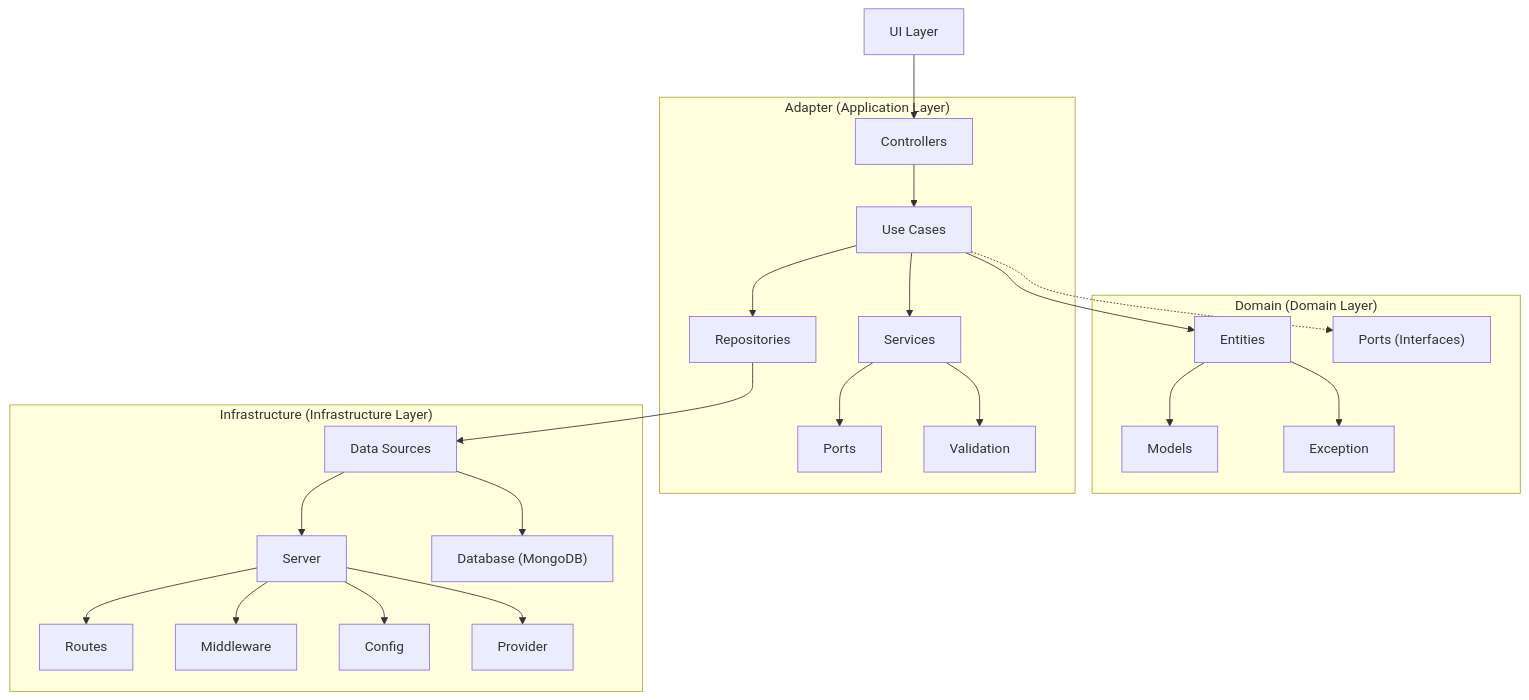
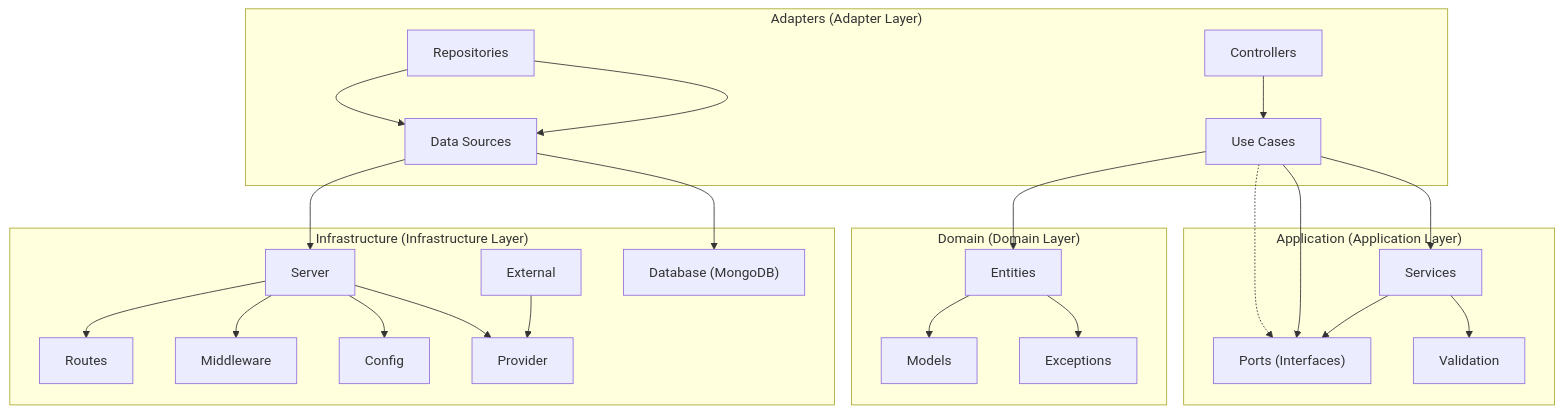
One commit to manujose94/dailytrends-api changed the second of 2 diagrams in Readme.md. Above: the diagram before and after it, drawn with Mermaid. The commit also changed other lines of this file and 46 other files, not shown here.

````diff
--- a/Readme.md
+++ b/Readme.md
@@ -51,46 +78,56 @@
 ```mermaid
-graph TD
-    UI["UI Layer"] --> Controllers["Controllers"]
+graph TB
+   
     UseCases --> Entities["Entities"]
     Repositories --> DataSources["Data Sources"]
     UseCases -.-> Ports  
-    subgraph domain["Domain (Domain Layer)"]
+ 
+
+     subgraph adapters["Adapters (Adapter Layer)"]
+        Controllers["Controllers"]
+        Repositories["Repositories"]
+        Controllers --> UseCases
+        Repositories --> DataSources
+    end
+
+
+
+    subgraph application["Application (Application Layer)"]
+        UseCases["Use Cases"]
+        Services["Services"]
+        Ports["Ports"]
+        Validation["Validation"]
+        UseCases --> Services
+        UseCases --> Ports
+        Services --> Ports
+        Services --> Validation
+    end
+
+       subgraph domain["Domain (Domain Layer)"]
         Models["Models"]
-        Exception["Exception"]
+        Exception["Exceptions"]
         Entities["Entities"]
         Ports["Ports (Interfaces)"]
         Entities --> Models
         Entities --> Exception 
     end
 
-    subgraph adapters["Adapter (Application Layer)"]
-        Controllers["Controllers"]
-        UseCases["Use Cases"]
-        Repositories["Repositories"]
-        Services["Services"]
-        Port["Ports"]
-        Validation["Validation"]
-        Controllers --> UseCases
-        UseCases --> Repositories
-        UseCases --> Services
-        Services --> Port
-        Services --> Validation
-    end
 
     subgraph infrastructure["Infrastructure (Infrastructure Layer)"]
-        
         Server["Server"]
         Routes["Routes"]
         Middleware["Middleware"]
         Config["Config"]
         Provider["Provider"]
+        External["External"]
         Database["Database (MongoDB)"]
         DataSources["Data Sources"]
         DataSources --> Database
         DataSources --> Server
         Server --> Routes
         Server --> Middleware
         Server --> Config
         Server --> Provider
+        External --> Provider
     end
 ```
````
